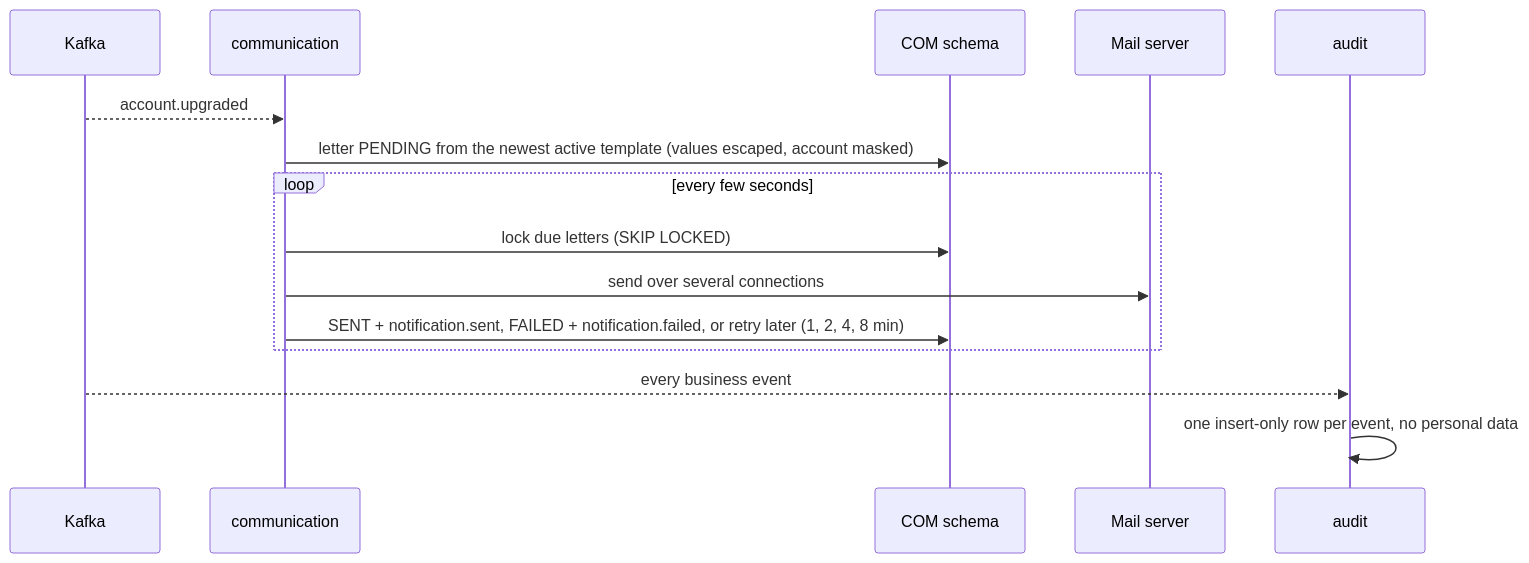
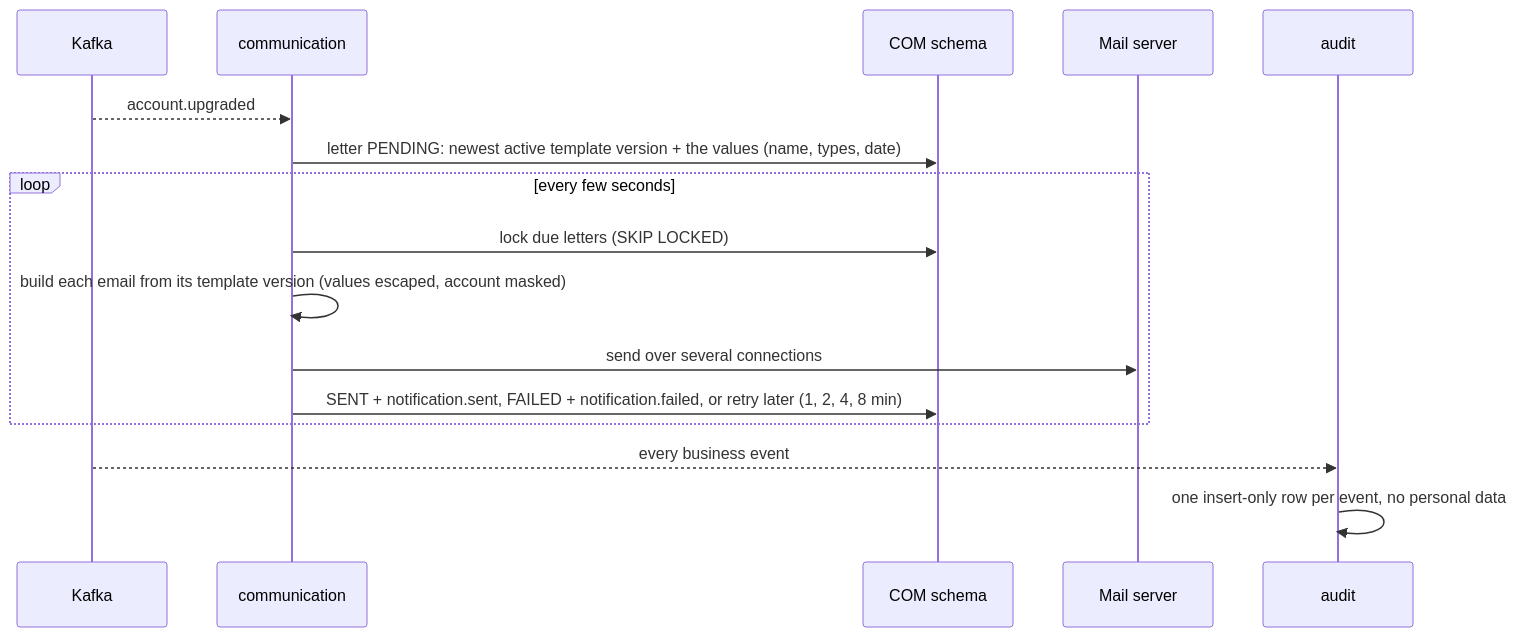
The fifth of 6 diagrams in docs/hld.md (elorabank/account-upgrade), drawn with Mermaid before and after one commit. The commit also changed other lines of this file and 48 other files, not shown here.

````diff
--- a/docs/hld.md
+++ b/docs/hld.md
@@ -165,17 +166,18 @@
 ```mermaid
 sequenceDiagram
     participant K as Kafka
     participant M as communication
     participant DC as COM schema
     participant SM as Mail server
     participant AU as audit
     K-->>M: account.upgraded
-    M->>DC: letter PENDING from the newest active template (values escaped, account masked)
+    M->>DC: letter PENDING: newest active template version + the values (name, types, date)
     loop every few seconds
         M->>DC: lock due letters (SKIP LOCKED)
+        M->>M: build each email from its template version (values escaped, account masked)
         M->>SM: send over several connections
         M->>DC: SENT + notification.sent, FAILED + notification.failed, or retry later (1, 2, 4, 8 min)
     end
     K-->>AU: every business event
     AU->>AU: one insert-only row per event, no personal data
 ```
````
